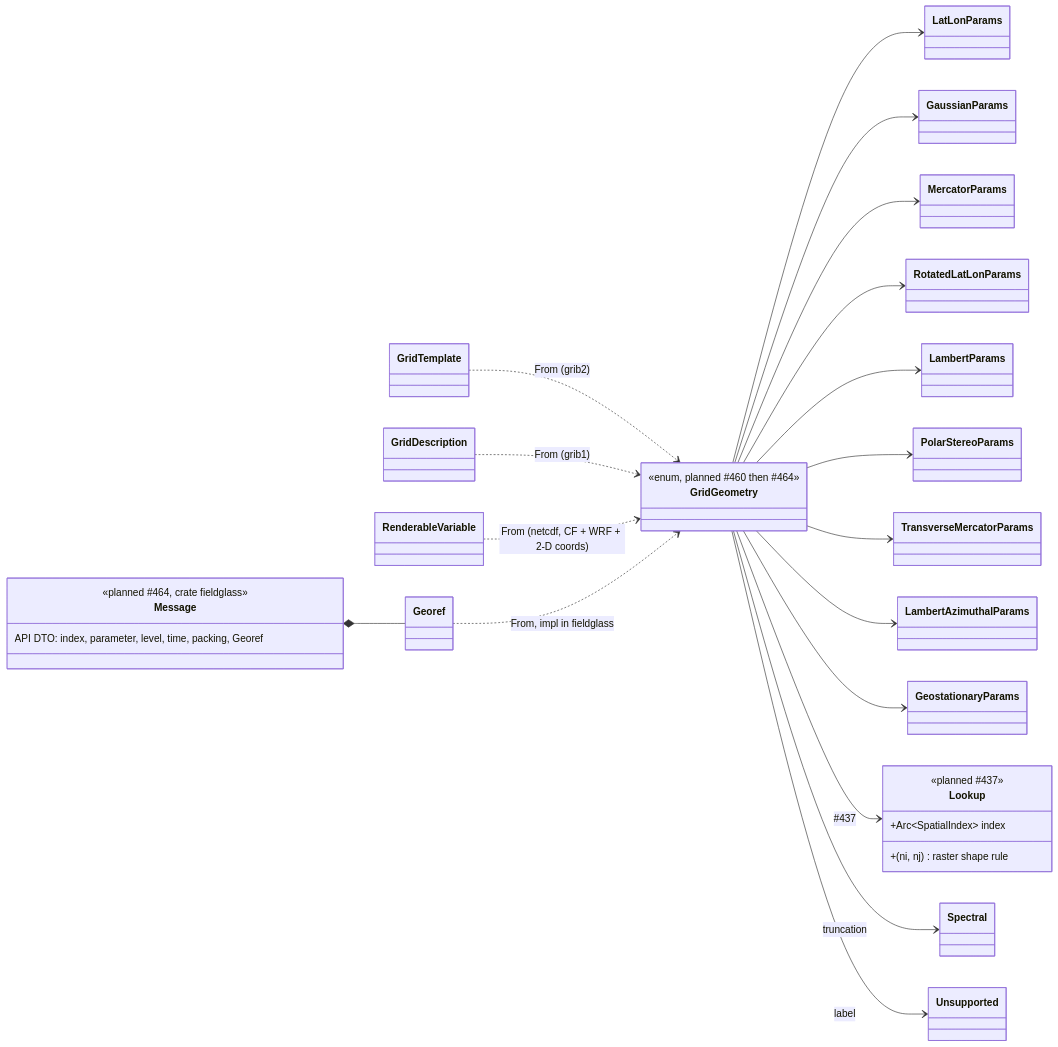
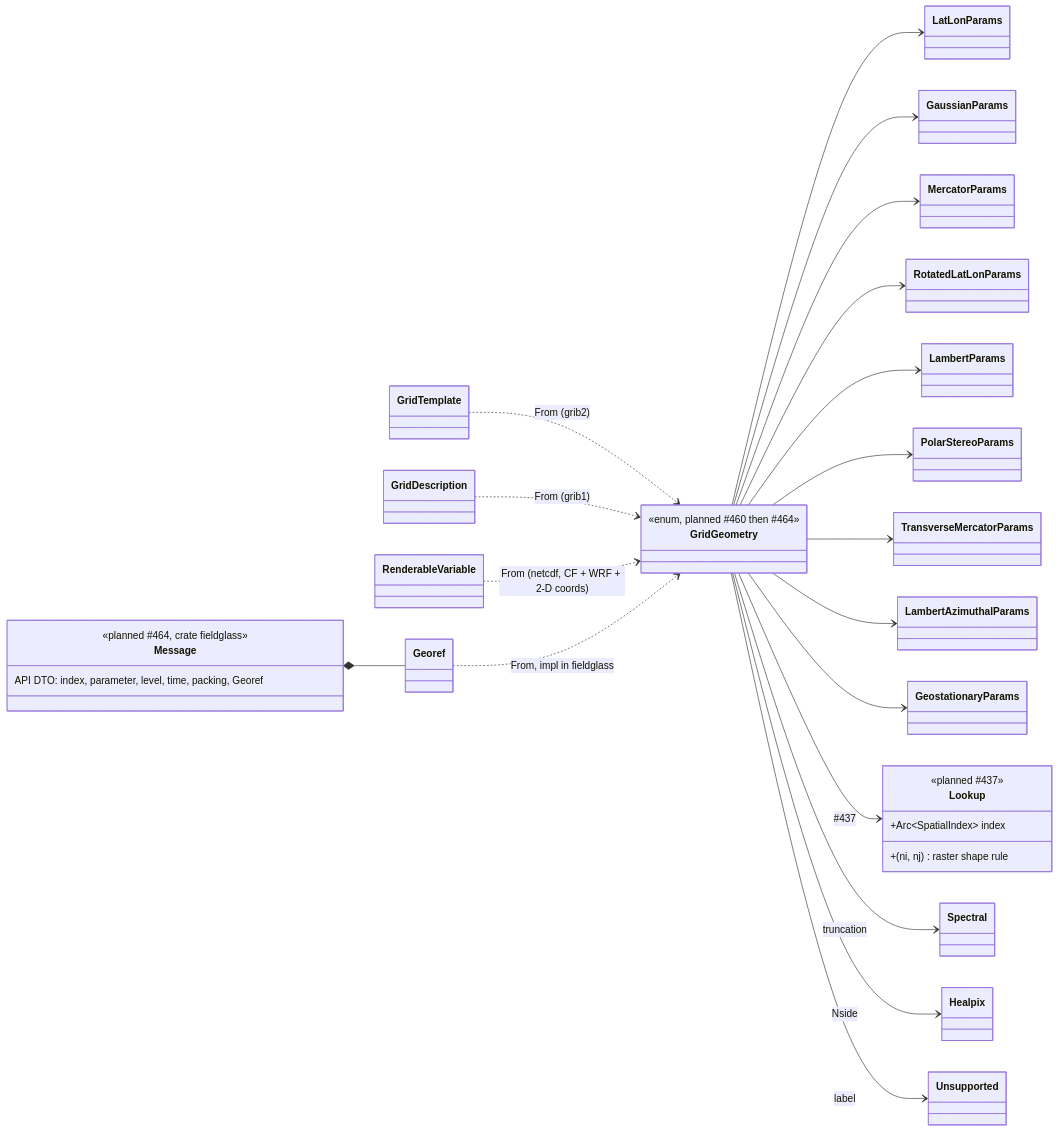
The second of 4 diagrams in docs/architecture/planned/03-composition.md (D0ubleD0uble/fieldglass), drawn with Mermaid before and after one commit. The commit also changed other lines of this file and 10 other files, not shown here.

````diff
--- a/docs/architecture/planned/03-composition.md
+++ b/docs/architecture/planned/03-composition.md
@@ -30,35 +30,36 @@
 ```mermaid
 classDiagram
     direction LR
     class GridGeometry {
         <<enum, planned #460 then #464>>
     }
     GridGeometry --> LatLonParams
     GridGeometry --> GaussianParams
     GridGeometry --> MercatorParams
     GridGeometry --> RotatedLatLonParams
     GridGeometry --> LambertParams
     GridGeometry --> PolarStereoParams
     GridGeometry --> TransverseMercatorParams
     GridGeometry --> LambertAzimuthalParams
     GridGeometry --> GeostationaryParams
     GridGeometry --> Lookup : #437
     GridGeometry --> Spectral : truncation
+    GridGeometry --> Healpix : Nside
     GridGeometry --> Unsupported : label
 
     class Lookup {
         <<planned #437>>
         +Arc~SpatialIndex~ index
         +(ni, nj) raster shape rule
     }
 
     class Message {
         <<planned #464, crate fieldglass>>
         API DTO: index, parameter, level, time, packing, Georef
     }
     GridTemplate ..> GridGeometry : From (grib2)
     GridDescription ..> GridGeometry : From (grib1)
     RenderableVariable ..> GridGeometry : From (netcdf, CF + WRF + 2-D coords)
     Georef ..> GridGeometry : From, impl in fieldglass
     Message *-- Georef
 ```
````
